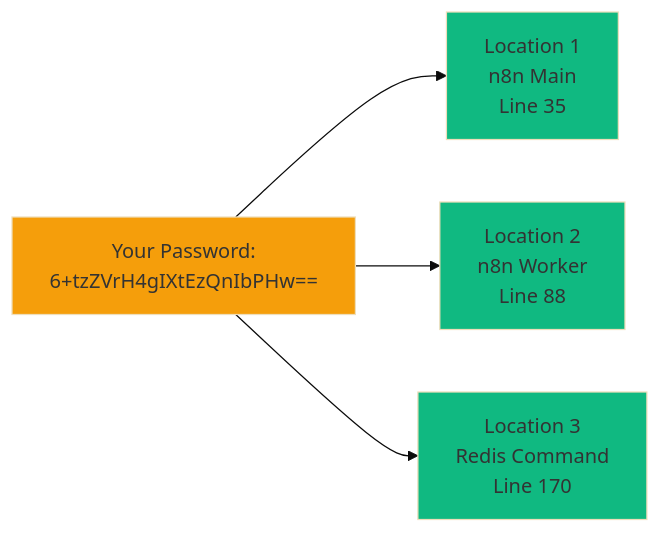
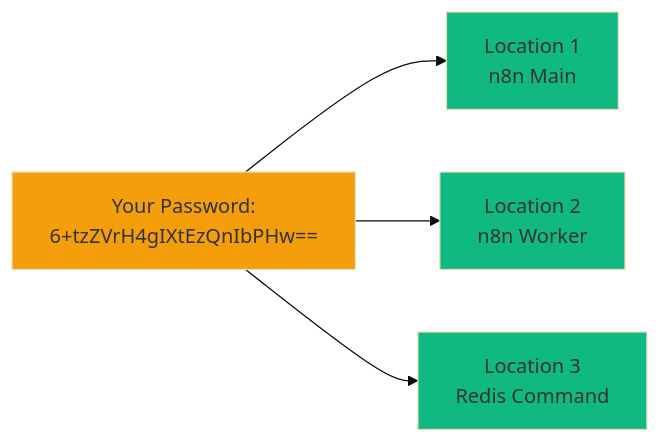
The first of 3 diagrams in README.md (thenguyenvn90/n8n-coolify), drawn with Mermaid (base theme) before and after one commit. The commit also changed other lines of this file, not shown here.

````diff
--- a/README.md
+++ b/README.md
@@ -198,11 +204,11 @@
 ```mermaid
 graph LR
-    A[Your Password:<br/>6+tzZVrH4gIXtEzQnIbPHw==] --> B[Location 1<br/>n8n Main<br/>Line 35]
-    A --> C[Location 2<br/>n8n Worker<br/>Line 88]
-    A --> D[Location 3<br/>Redis Command<br/>Line 170]
+    A[Your Password:<br/>6+tzZVrH4gIXtEzQnIbPHw==] --> B[Location 1<br/>n8n Main]
+    A --> C[Location 2<br/>n8n Worker]
+    A --> D[Location 3<br/>Redis Command]
     
     style A fill:#F59E0B
     style B fill:#10B981
     style C fill:#10B981
     style D fill:#10B981
 ```
````
